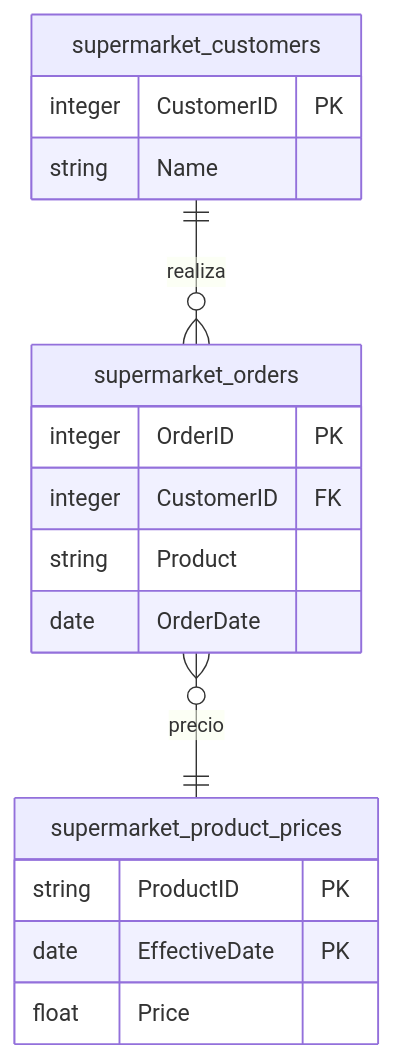
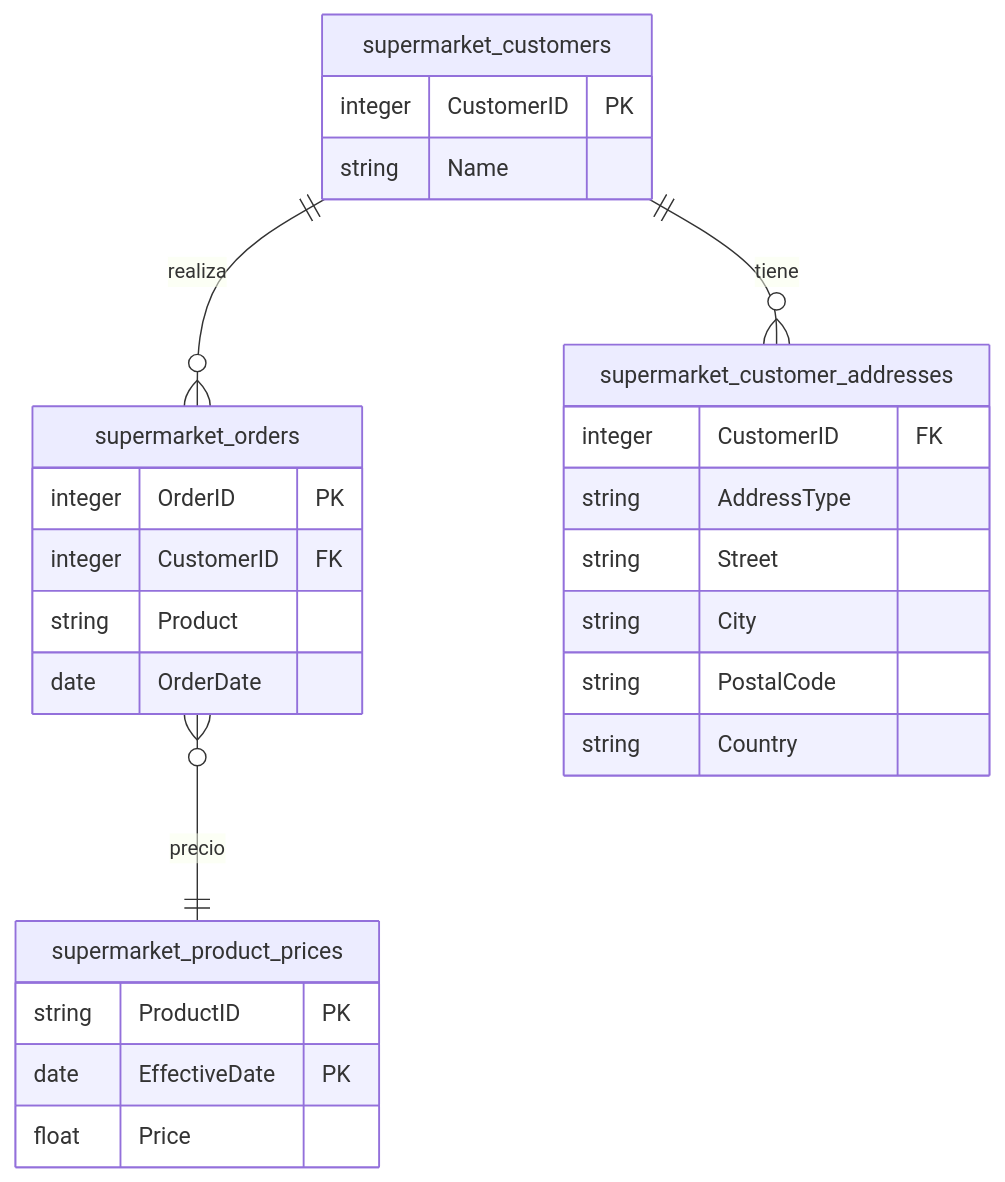
The second of 3 diagrams in README.md (damahuesta/sql_datasets), drawn with Mermaid before and after one commit. The commit also changed other lines of this file and 4 other files, not shown here.

````diff
--- a/README.md
+++ b/README.md
@@ -261,23 +277,33 @@
 ```mermaid
 erDiagram
     supermarket_customers ||--o{ supermarket_orders : "realiza"
+    supermarket_customers ||--o{ supermarket_customer_addresses : "tiene"
     supermarket_orders }o--|| supermarket_product_prices : "precio"
     
     supermarket_customers {
         integer CustomerID PK
         string Name
     }
     
     supermarket_orders {
         integer OrderID PK
         integer CustomerID FK
         string Product
         date OrderDate
     }
     
     supermarket_product_prices {
         string ProductID PK
         date EffectiveDate PK
         float Price
     }
+    
+    supermarket_customer_addresses {
+        integer CustomerID FK
+        string AddressType
+        string Street
+        string City
+        string PostalCode
+        string Country
+    }
 ```
````
